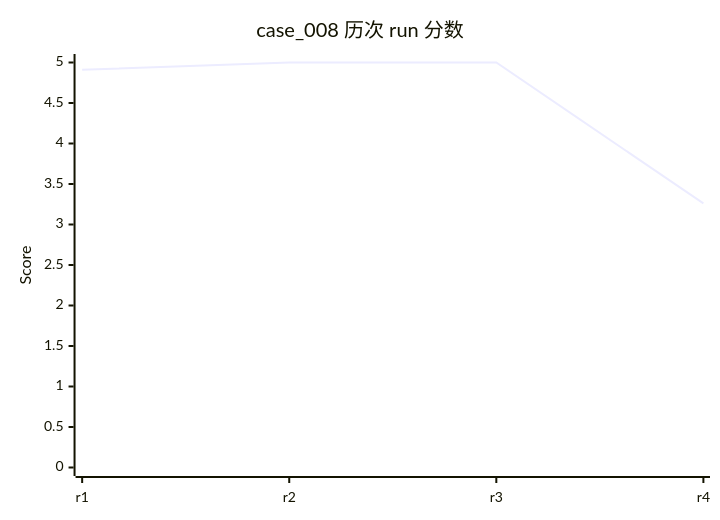
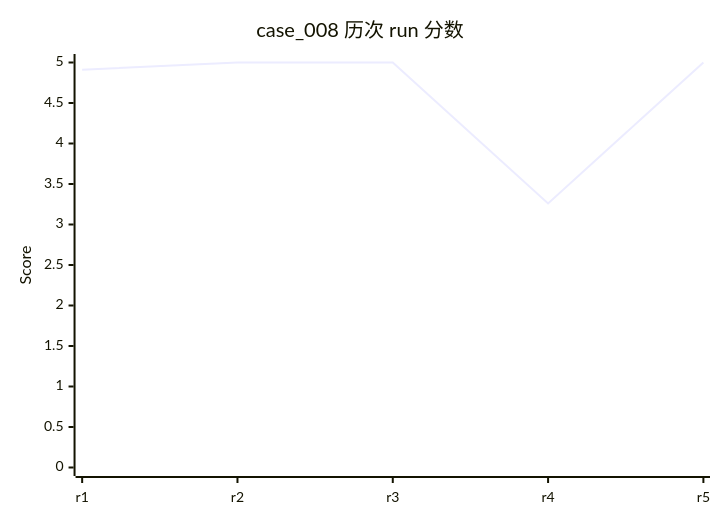
Before and after one commit to rushengzhou/sid-code: diagram 14 of 58 in evals/DASHBOARD.md, drawn with Mermaid. The commit also changed other lines of this file and 53 other files, not shown here.

````diff
--- a/evals/DASHBOARD.md
+++ b/evals/DASHBOARD.md
@@ -352,7 +353,7 @@
 ```mermaid
 xychart-beta
     title "case_008 历次 run 分数"
-    x-axis [r1, r2, r3, r4]
+    x-axis [r1, r2, r3, r4, r5]
     y-axis "Score" 0 --> 5
-    line [4.91, 5.00, 5.00, 3.26]
+    line [4.91, 5.00, 5.00, 3.26, 5.00]
 ```
````
